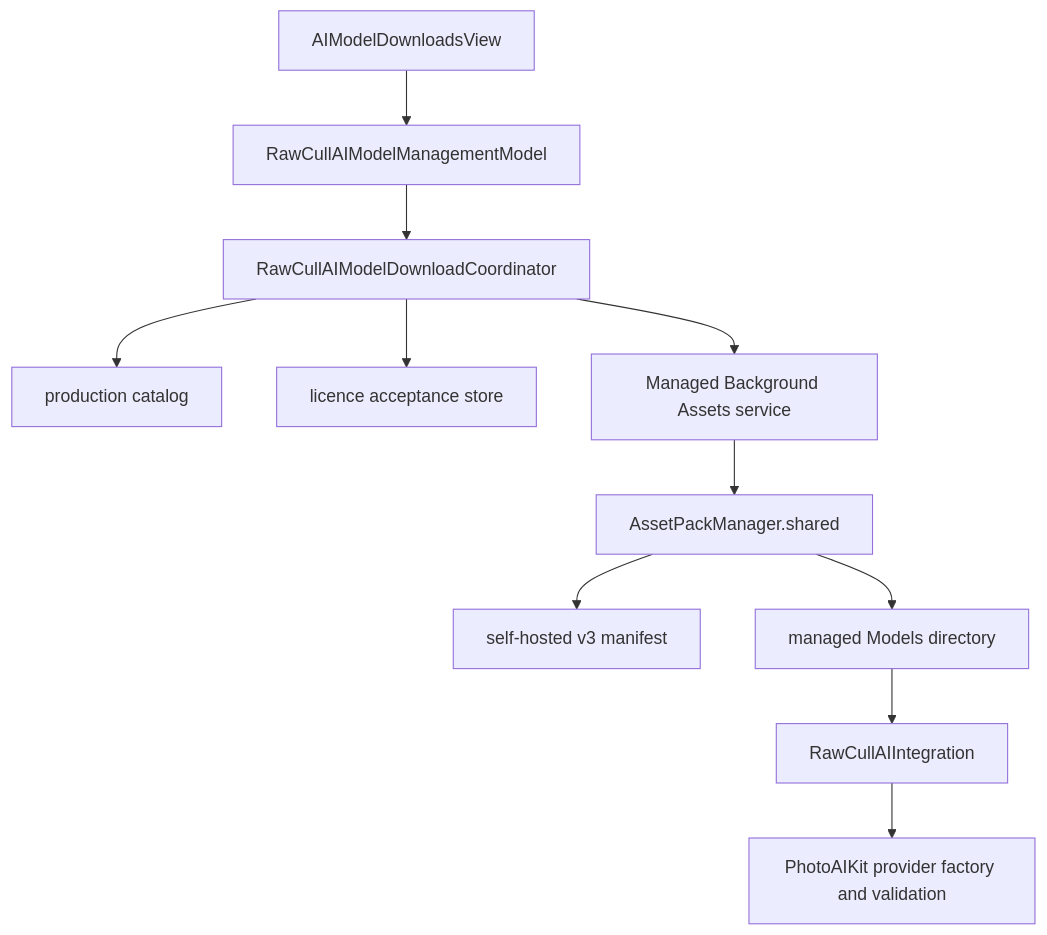
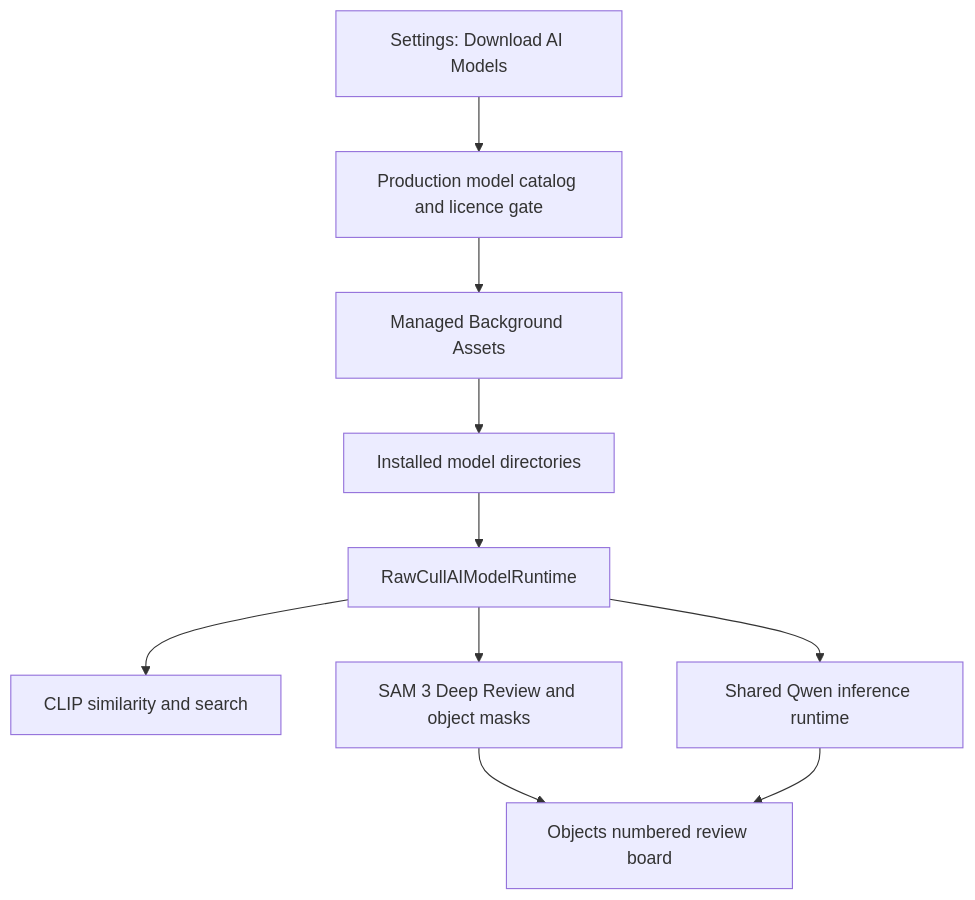
One commit to rsyncOSX/TechDocRawcull changed the diagram in content/en/docs/ai/aimodeldownloads.md. Above: the diagram before and after it, drawn with Mermaid. The commit also changed other lines of this file and 3 other files, not shown here.

````diff
--- a/content/en/docs/ai/aimodeldownloads.md
+++ b/content/en/docs/ai/aimodeldownloads.md
@@ -81,13 +64,12 @@
 ```mermaid
 flowchart TD
-    UI["AIModelDownloadsView"] --> MODEL["RawCullAIModelManagementModel"]
-    MODEL --> COORD["RawCullAIModelDownloadCoordinator"]
-    COORD --> CATALOG["production catalog"]
-    COORD --> ACCEPT["licence acceptance store"]
-    COORD --> SERVICE["Managed Background Assets service"]
-    SERVICE --> BAM["AssetPackManager.shared"]
-    BAM --> MANIFEST["self-hosted v3 manifest"]
-    BAM --> DIR["managed Models directory"]
-    DIR --> INTEGRATION["RawCullAIIntegration"]
-    INTEGRATION --> PROVIDER["PhotoAIKit provider factory and validation"]
+    UI["Settings: Download AI Models"] --> Catalog["Production model catalog and licence gate"]
+    Catalog --> BA["Managed Background Assets"]
+    BA --> Installed["Installed model directories"]
+    Installed --> Runtime["RawCullAIModelRuntime"]
+    Runtime --> CLIP["CLIP similarity and search"]
+    Runtime --> SAM["SAM 3 Deep Review and object masks"]
+    Runtime --> Qwen["Shared Qwen inference runtime"]
+    SAM --> Objects["Objects numbered review board"]
+    Qwen --> Objects
 ```
````
